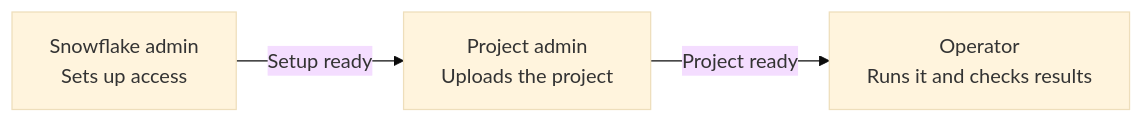
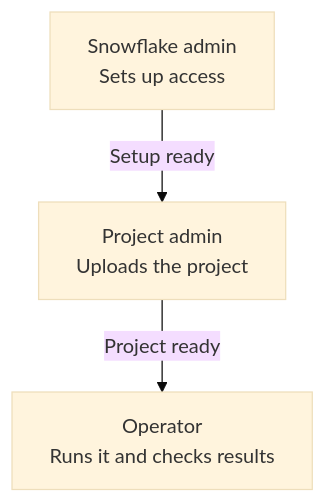
The diagram in docs/explanation/role-separation.md (MiguelElGallo/dbtsnow), drawn with Mermaid (base theme) before and after one commit. The commit also changed other lines of this file and 26 other files, not shown here.

````diff
--- a/docs/explanation/role-separation.md
+++ b/docs/explanation/role-separation.md
@@ -19,5 +23,5 @@
 ```mermaid
-flowchart LR
+flowchart TD
     A["Snowflake admin<br/>Sets up access"] -->|Setup ready| P["Project admin<br/>Uploads the project"]
     P -->|Project ready| O["Operator<br/>Runs it and checks results"]
 ```
````
